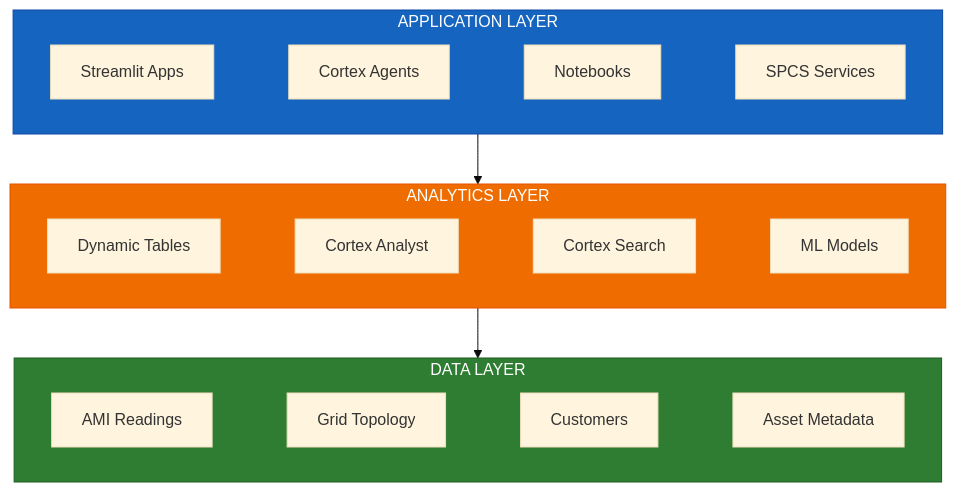
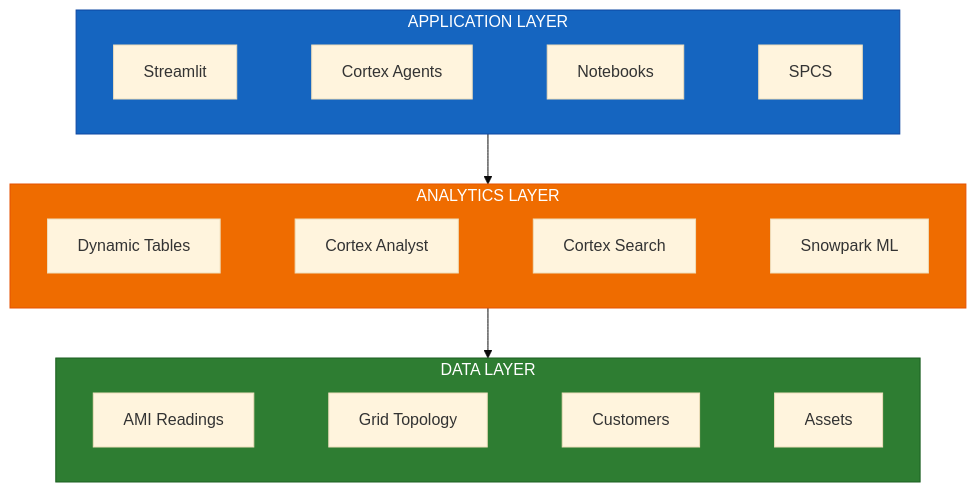
One commit to sfc-gh-abannerjee/flux-utility-solutions changed the first of 2 diagrams in README.md. Above: the diagram before and after it, drawn with Mermaid (base theme). The commit also changed other lines of this file, not shown here.

````diff
--- a/README.md
+++ b/README.md
@@ -54,20 +51,20 @@
 ```mermaid
 flowchart TB
     subgraph APP["APPLICATION LAYER"]
-        A1["Streamlit Apps"] ~~~ A2["Cortex Agents"] ~~~ A3["Notebooks"] ~~~ A4["SPCS Services"]
+        A1["Streamlit"] ~~~ A2["Cortex Agents"] ~~~ A3["Notebooks"] ~~~ A4["SPCS"]
     end
     
     subgraph ANALYTICS["ANALYTICS LAYER"]
-        B1["Dynamic Tables"] ~~~ B2["Cortex Analyst"] ~~~ B3["Cortex Search"] ~~~ B4["ML Models"]
+        B1["Dynamic Tables"] ~~~ B2["Cortex Analyst"] ~~~ B3["Cortex Search"] ~~~ B4["Snowpark ML"]
     end
     
     subgraph DATA["DATA LAYER"]
-        C1["AMI Readings"] ~~~ C2["Grid Topology"] ~~~ C3["Customers"] ~~~ C4["Asset Metadata"]
+        C1["AMI Readings"] ~~~ C2["Grid Topology"] ~~~ C3["Customers"] ~~~ C4["Assets"]
     end
     
     APP --> ANALYTICS --> DATA
     
     style APP fill:#1565c0,color:#fff,stroke:#0d47a1
     style ANALYTICS fill:#ef6c00,color:#fff,stroke:#e65100
     style DATA fill:#2e7d32,color:#fff,stroke:#1b5e20
 ```
````
